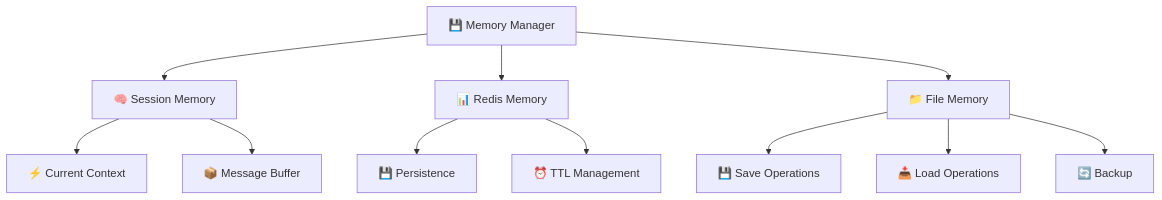
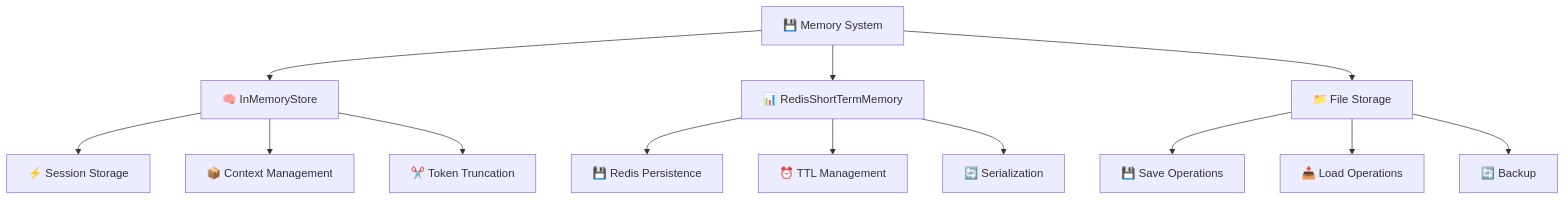
The sixth of 13 diagrams in docs/advanced/architecture.md (Abiorh001/omnicoreagent), drawn with Mermaid before and after one commit. The commit also changed other lines of this file and 46 other files, not shown here.

````diff
--- a/docs/advanced/architecture.md
+++ b/docs/advanced/architecture.md
@@ -327,16 +327,18 @@
 ```mermaid
 graph TB
-    MM[💾 Memory Manager] --> SM[🧠 Session Memory]
-    MM --> RM[📊 Redis Memory]
-    MM --> FM[📁 File Memory]
+    MM[💾 Memory System] --> IM[🧠 InMemoryStore]
+    MM --> RM[📊 RedisShortTermMemory]
+    MM --> File[📁 File Storage]
     
-    SM --> Current[⚡ Current Context]
-    SM --> Buffer[📦 Message Buffer]
+    IM --> Session[⚡ Session Storage]
+    IM --> Context[📦 Context Management]
+    IM --> Truncation[✂️ Token Truncation]
     
-    RM --> Persistence[💾 Persistence]
+    RM --> Persistence[💾 Redis Persistence]
     RM --> TTL[⏰ TTL Management]
+    RM --> Serialization[🔄 Serialization]
     
-    FM --> Save[💾 Save Operations]
-    FM --> Load[📥 Load Operations]
-    FM --> Backup[🔄 Backup]
+    File --> Save[💾 Save Operations]
+    File --> Load[📥 Load Operations]
+    File --> Backup[🔄 Backup]
 ```
````
